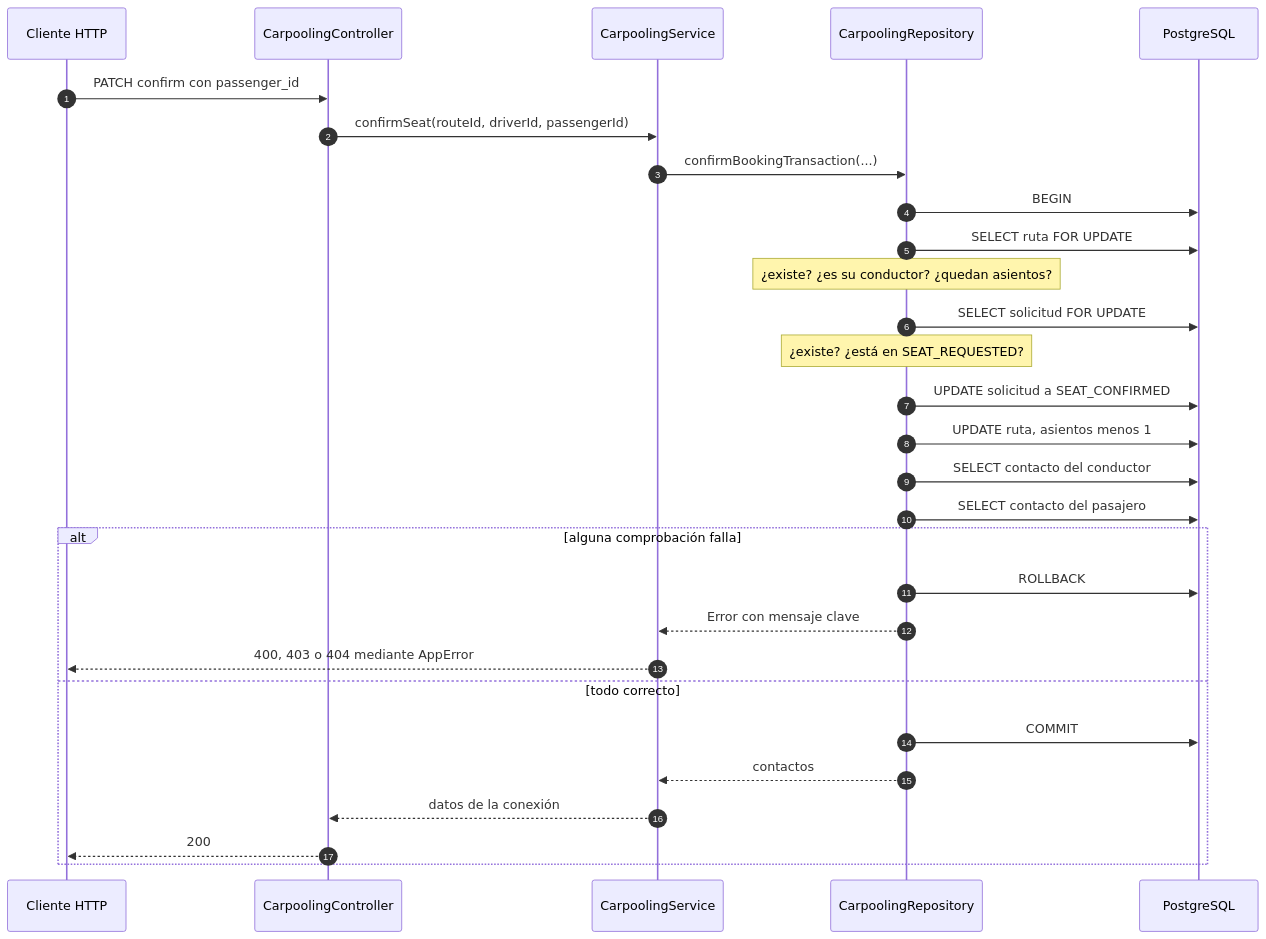
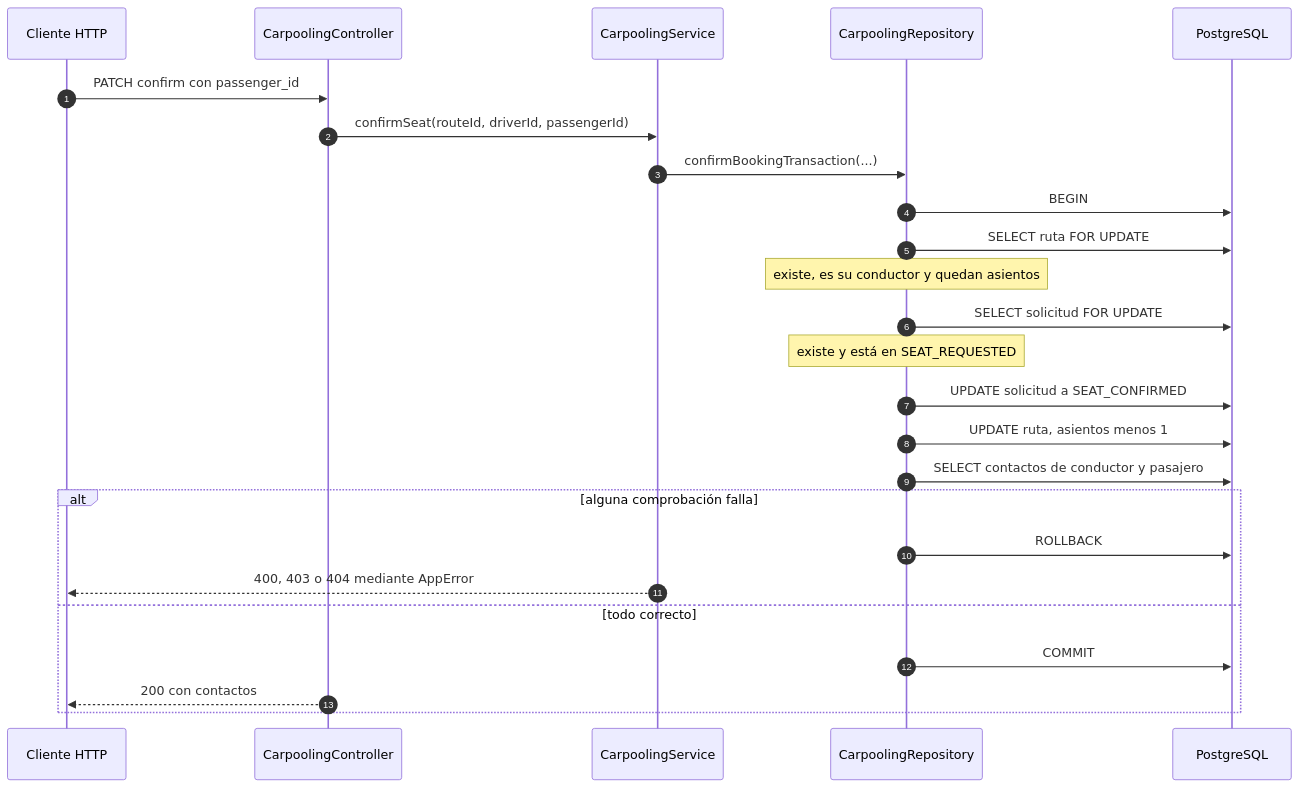
The eighth of 9 diagrams in docs/04-modelo-c4/04-codigo-y-secuencias.md (pillacarodriguezuriel-a11y/social_unsch), drawn with Mermaid before and after one commit. The commit also changed other lines of this file and 44 other files, not shown here.

First line of the commit message:
docs: alinear documentación y modelo c4 con el estado verificado del sistema

````diff
--- a/docs/04-modelo-c4/04-codigo-y-secuencias.md
+++ b/docs/04-modelo-c4/04-codigo-y-secuencias.md
@@ -155,32 +274,28 @@
 ```mermaid
 sequenceDiagram
     autonumber
     participant X as Cliente HTTP
     participant C as CarpoolingController
     participant S as CarpoolingService
     participant R as CarpoolingRepository
     participant D as PostgreSQL
 
     X->>C: PATCH confirm con passenger_id
     C->>S: confirmSeat(routeId, driverId, passengerId)
     S->>R: confirmBookingTransaction(...)
     R->>D: BEGIN
     R->>D: SELECT ruta FOR UPDATE
-    Note over R: ¿existe? ¿es su conductor? ¿quedan asientos?
+    Note over R: existe, es su conductor y quedan asientos
     R->>D: SELECT solicitud FOR UPDATE
-    Note over R: ¿existe? ¿está en SEAT_REQUESTED?
+    Note over R: existe y está en SEAT_REQUESTED
     R->>D: UPDATE solicitud a SEAT_CONFIRMED
     R->>D: UPDATE ruta, asientos menos 1
-    R->>D: SELECT contacto del conductor
-    R->>D: SELECT contacto del pasajero
+    R->>D: SELECT contactos de conductor y pasajero
     alt alguna comprobación falla
         R->>D: ROLLBACK
-        R-->>S: Error con mensaje clave
         S-->>X: 400, 403 o 404 mediante AppError
     else todo correcto
         R->>D: COMMIT
-        R-->>S: contactos
-        S-->>C: datos de la conexión
-        C-->>X: 200
+        C-->>X: 200 con contactos
     end
 ```
````
